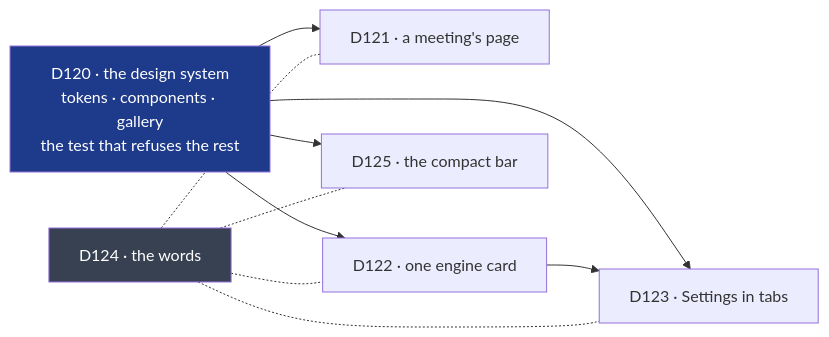
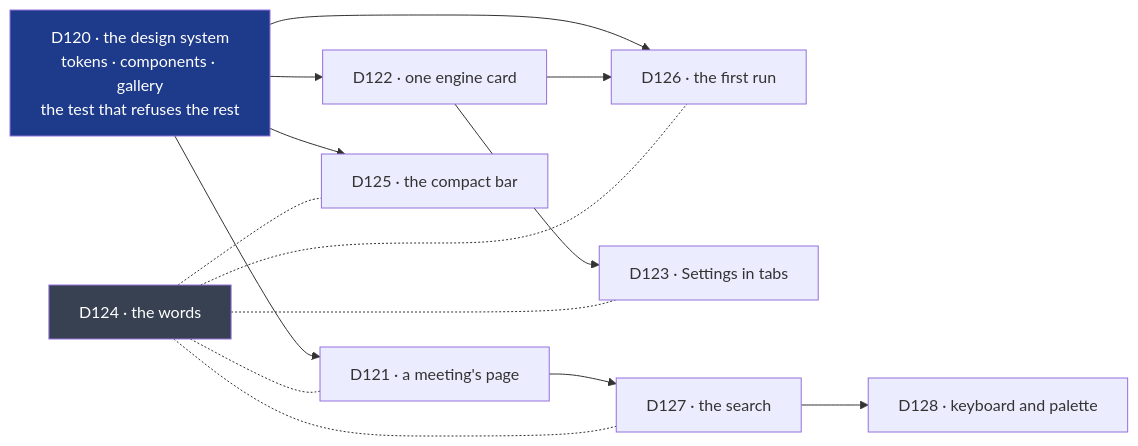
Before and after one commit to NapkinStack/kitokey: the diagram in docs/project/cycles/12-kitokey-simple-and-beautiful.md, drawn with Mermaid. The commit also changed other lines of this file, not shown here.

First line of the commit message:
docs: cycle 12 revised from the audit's second pass — the backlog in D120–D125, D126 first run, D127 search, D128 keyboard

````diff
--- a/docs/project/cycles/12-kitokey-simple-and-beautiful.md
+++ b/docs/project/cycles/12-kitokey-simple-and-beautiful.md
@@ -71,11 +101,14 @@
 ```mermaid
 flowchart LR
-    D120["D120 · the design system<br/>tokens · components · gallery<br/>the test that refuses the rest"]:::first --> D121["D121 · a meeting's page"]
+    D120["D120 · the design system<br/>tokens · components · gallery<br/>the test that refuses the rest"]:::first --> D126["D126 · the first run"]
+    D120 --> D121["D121 · a meeting's page"]
     D120 --> D122["D122 · one engine card"]
-    D120 --> D123["D123 · Settings in tabs"]
+    D122 --> D123["D123 · Settings in tabs"]
+    D122 --> D126
     D120 --> D125["D125 · the compact bar"]
-    D122 --> D123
-    D124["D124 · the words"]:::across -.- D121 & D122 & D123 & D125
+    D121 --> D127["D127 · the search"]
+    D127 --> D128["D128 · keyboard and palette"]
+    D124["D124 · the words"]:::across -.- D121 & D123 & D125 & D126 & D127
     classDef first fill:#1e3a8a,color:#fff
     classDef across fill:#374151,color:#fff
 ```
````
